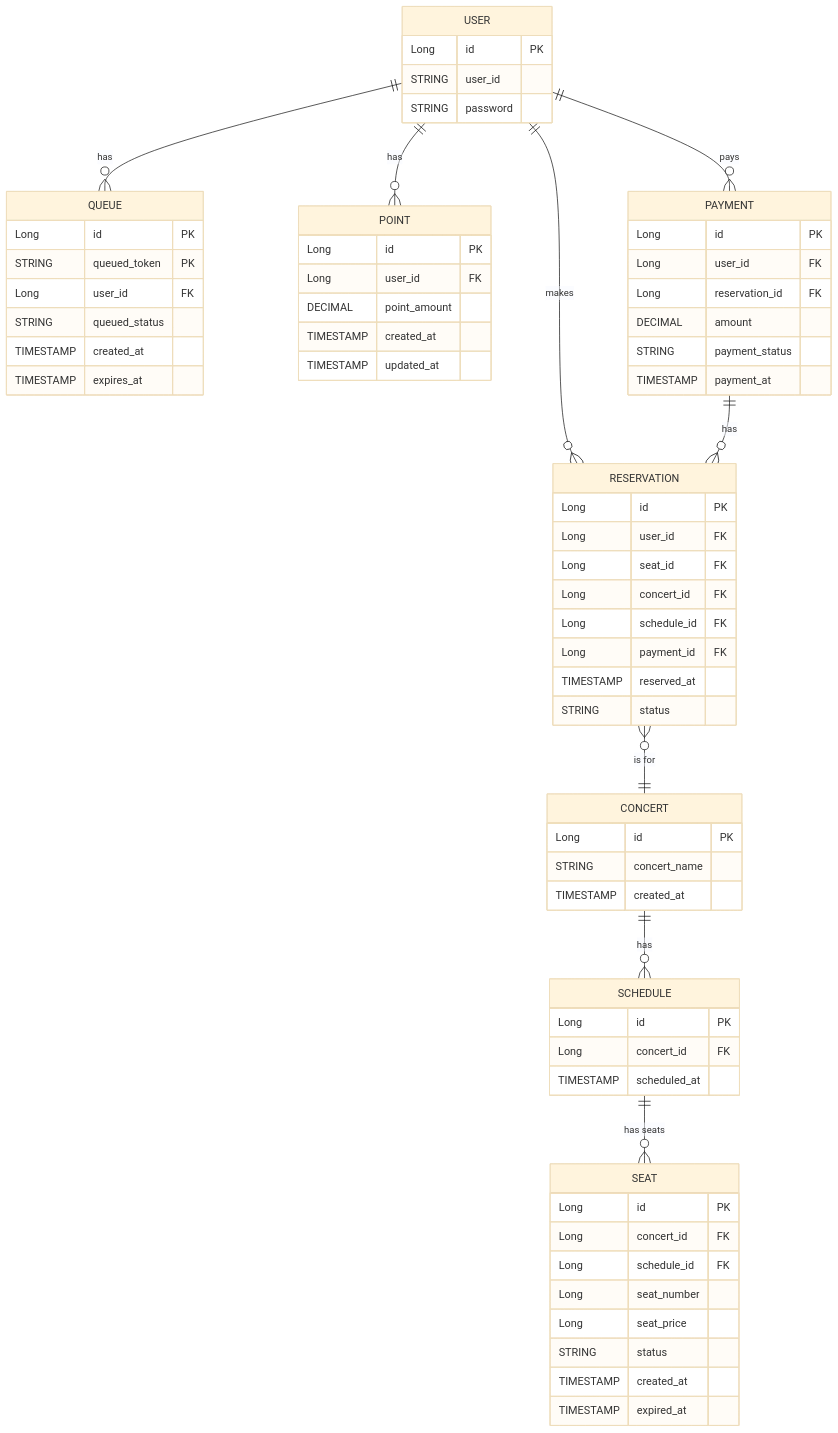
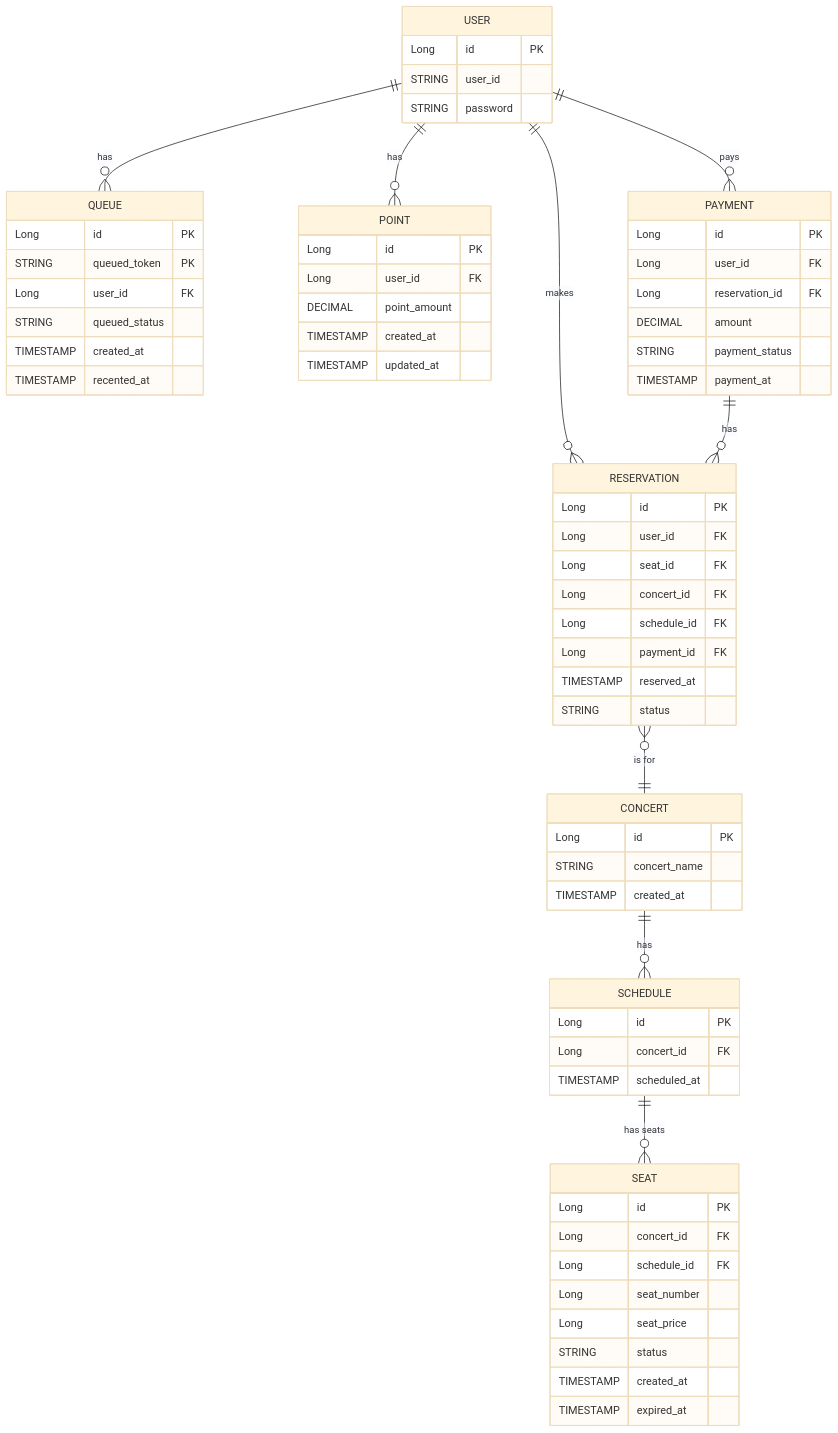
The diagram in docs/ERD.md (hyojin202406/hanghae-concert), drawn with Mermaid (base theme) before and after one commit. The commit also changed 2 other files, not shown here.

Commit message:
doc: 시퀀스다이어그램, ERD, API 수정

````diff
--- a/docs/ERD.md
+++ b/docs/ERD.md
@@ -5,79 +5,79 @@
 ```mermaid
 erDiagram
     USER {
         Long id PK
         STRING user_id
         STRING password
     }
 
     QUEUE {
         Long id PK
         STRING queued_token PK
         Long user_id FK
         STRING queued_status
         TIMESTAMP created_at
-        TIMESTAMP expires_at
+        TIMESTAMP recented_at
     }
 
     POINT {
         Long id PK
         Long user_id FK
         DECIMAL point_amount
         TIMESTAMP created_at
         TIMESTAMP updated_at
     }
 
     RESERVATION {
         Long id PK
         Long user_id FK
         Long seat_id FK
         Long concert_id FK
         Long schedule_id FK
         Long payment_id FK
         TIMESTAMP reserved_at
         STRING status
     }
 
     PAYMENT {
         Long id PK
         Long user_id FK
         Long reservation_id FK
         DECIMAL amount
         STRING payment_status
         TIMESTAMP payment_at
     }
 
     CONCERT {
         Long id PK
         STRING concert_name
         TIMESTAMP created_at
     }
 
     SCHEDULE {
         Long id PK
         Long concert_id FK
         TIMESTAMP scheduled_at
     }
 
     SEAT {
         Long id PK
         Long concert_id FK
         Long schedule_id FK
         Long seat_number
         Long seat_price
         STRING status
         TIMESTAMP created_at
         TIMESTAMP expired_at
     }
 
     %% Relationships
     USER ||--o{ QUEUE : "has"
     USER ||--o{ POINT : "has"
     USER ||--o{ RESERVATION : "makes"
     USER ||--o{ PAYMENT : "pays"
     PAYMENT ||--o{ RESERVATION : "has"
     RESERVATION }o--|| CONCERT : "is for"
     CONCERT ||--o{ SCHEDULE : "has"
     SCHEDULE ||--o{ SEAT : "has seats"
 
 ```
````
